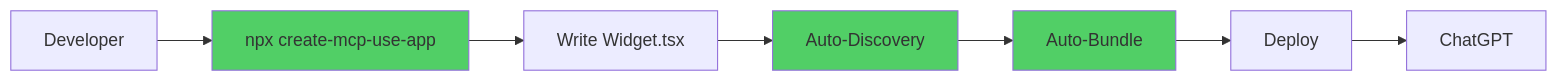
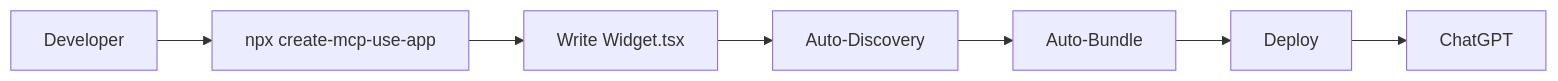
One commit to DevZonayed/nexalance-skill-mcp-use-mcp-use changed the second of 4 diagrams in docs/guides/chatgpt-apps-flow.mdx. Above: the diagram before and after it, drawn with Mermaid. The commit also changed other lines of this file and 108 other files, not shown here.

````diff
--- a/docs/guides/chatgpt-apps-flow.mdx
+++ b/docs/guides/chatgpt-apps-flow.mdx
@@ -267,13 +261,9 @@
 ```mermaid
 flowchart LR
     Developer[Developer] --> Create[npx create-mcp-use-app]
     Create --> Write[Write Widget.tsx]
     Write --> Auto[Auto-Discovery]
     Auto --> Bundle[Auto-Bundle]
     Bundle --> Deploy[Deploy]
     Deploy --> ChatGPT[ChatGPT]
-
-    style Create fill:#51cf66
-    style Auto fill:#51cf66
-    style Bundle fill:#51cf66
 ```
````
